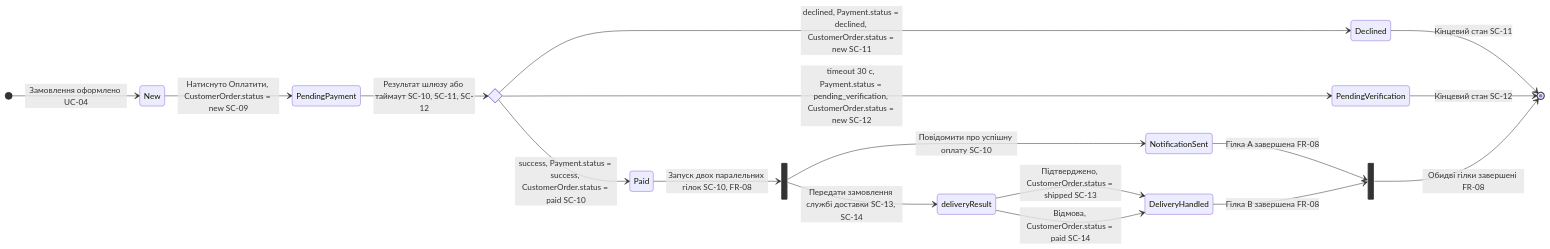
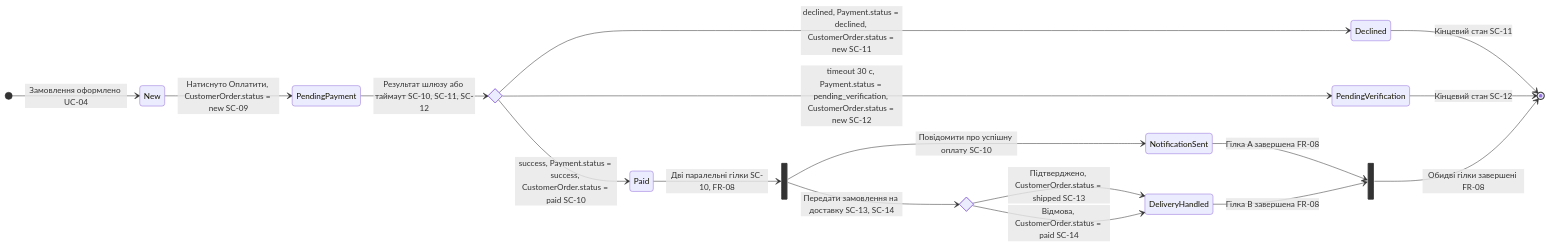
One commit to Saeghxx/KPI2 changed the diagram in Lab4/README.md. Above: the diagram before and after it, drawn with Mermaid.

Commit message:
fix(lab4): regenerate diagram with declared pseudo-states

````diff
--- a/Lab4/README.md
+++ b/Lab4/README.md
@@ -3,33 +3,32 @@
 ```mermaid
 stateDiagram-v2
     direction LR
 
+    state paymentResult <<choice>>
+    state forkPoint <<fork>>
+    state deliveryResult <<choice>>
+    state joinPoint <<join>>
+
     [*] --> New : Замовлення оформлено UC-04
     New --> PendingPayment : Натиснуто Оплатити, CustomerOrder.status = new SC-09
 
-    state paymentResult <<choice>>
     PendingPayment --> paymentResult : Результат шлюзу або таймаут SC-10, SC-11, SC-12
 
     paymentResult --> Paid : success, Payment.status = success, CustomerOrder.status = paid SC-10
     paymentResult --> Declined : declined, Payment.status = declined, CustomerOrder.status = new SC-11
     paymentResult --> PendingVerification : timeout 30 с, Payment.status = pending_verification, CustomerOrder.status = new SC-12
 
     Declined --> [*] : Кінцевий стан SC-11
     PendingVerification --> [*] : Кінцевий стан SC-12
 
-    state forkPoint <<fork>>
-    Paid --> forkPoint : Запуск двох паралельних гілок SC-10, FR-08
+    Paid --> forkPoint : Дві паралельні гілки SC-10, FR-08
+    forkPoint --> NotificationSent : Повідомити про успішну оплату SC-10
+    forkPoint --> deliveryResult : Передати замовлення на доставку SC-13, SC-14
 
-    forkPoint --> NotificationSent : Повідомити про успішну оплату SC-10
-    forkPoint --> deliveryResult : Передати замовлення службі доставки SC-13, SC-14
-
-    state deliveryResult <<choice>>
     deliveryResult --> DeliveryHandled : Підтверджено, CustomerOrder.status = shipped SC-13
     deliveryResult --> DeliveryHandled : Відмова, CustomerOrder.status = paid SC-14
 
-    state joinPoint <<join>>
     NotificationSent --> joinPoint : Гілка A завершена FR-08
     DeliveryHandled --> joinPoint : Гілка B завершена FR-08
-
     joinPoint --> [*] : Обидві гілки завершені FR-08
 ```
````
